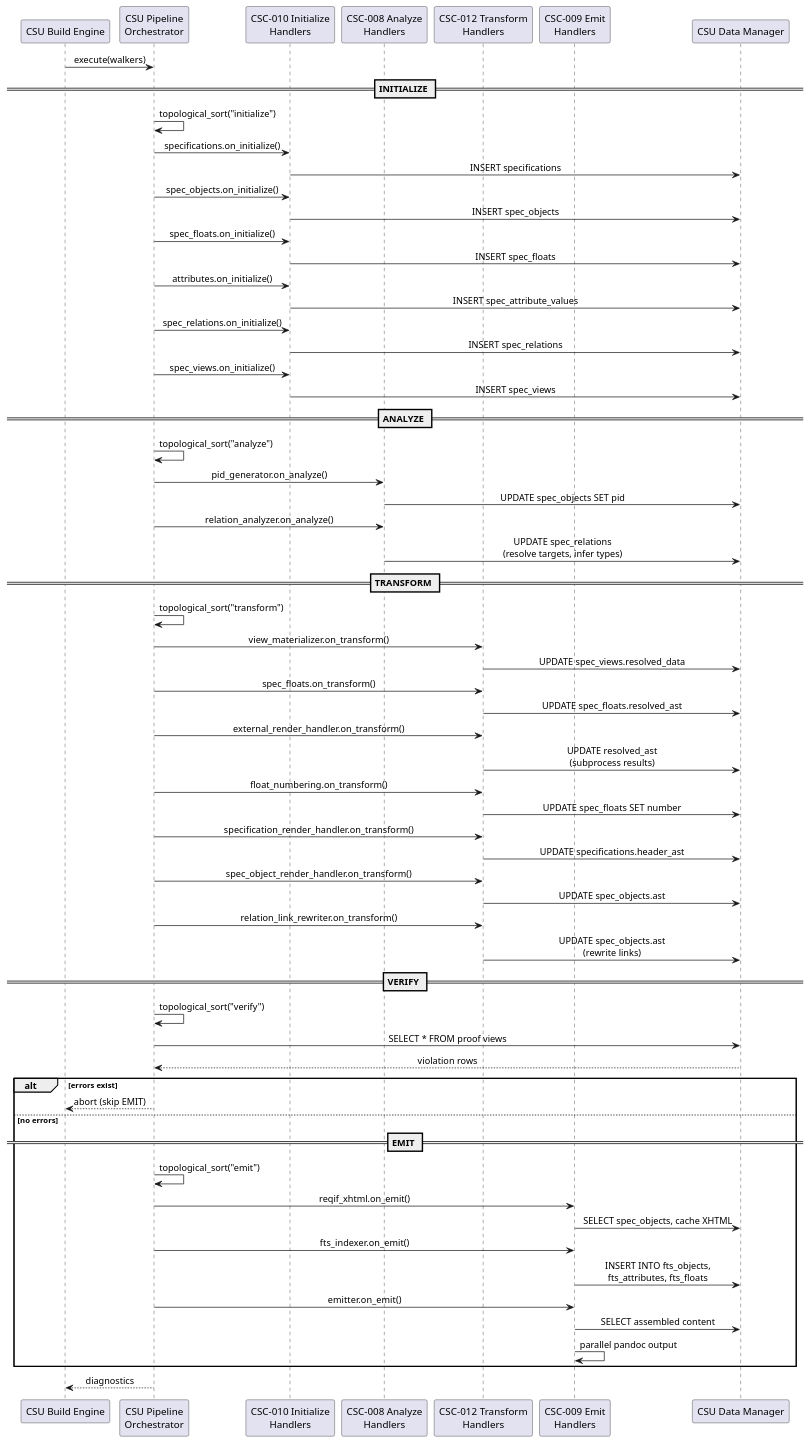
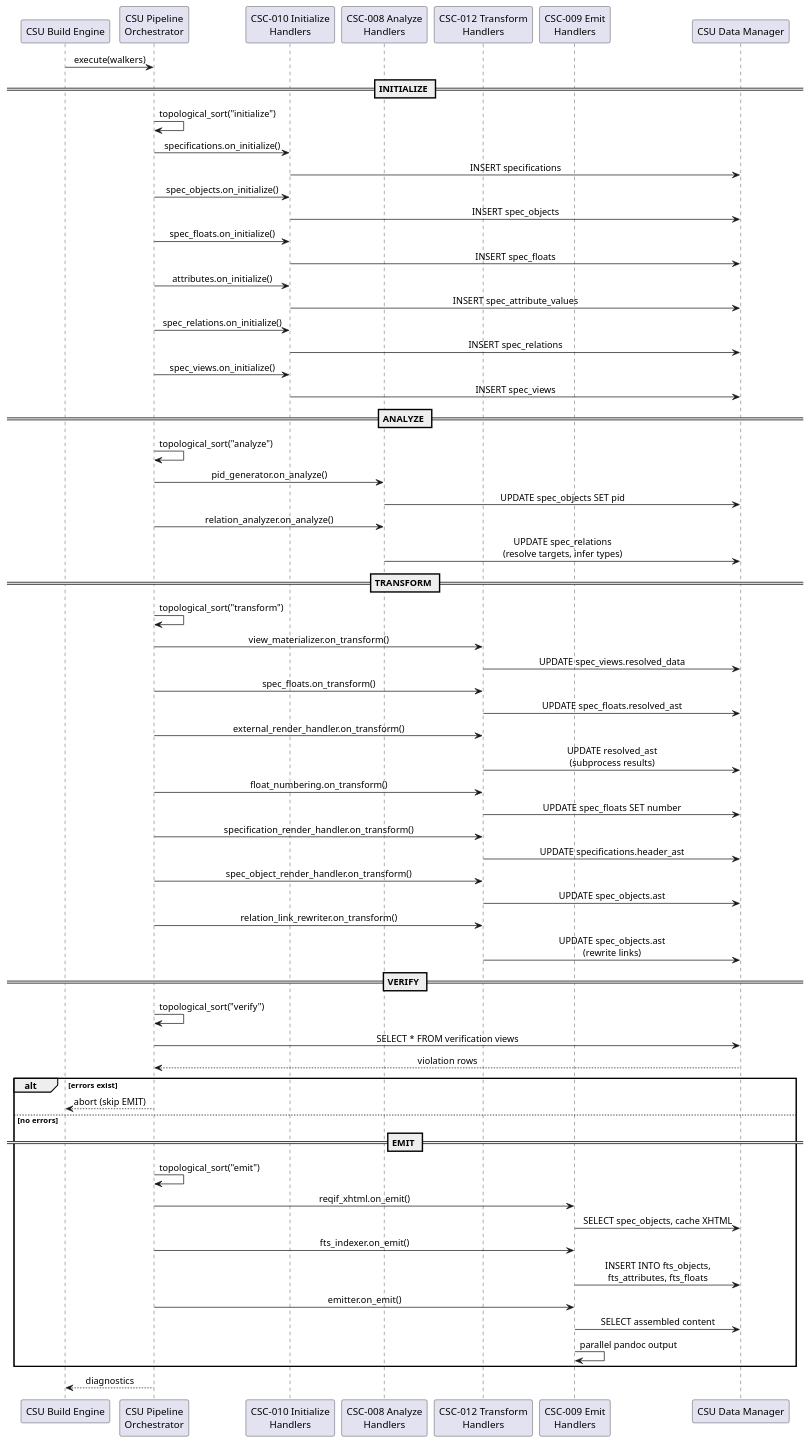
One commit to SpecIR/SpecCompiler changed the diagram in docs/engineering_docs/architecture/pipeline_design.md. Above: the diagram before and after it, drawn with PlantUML. The commit also changed other lines of this file and 19 other files, not shown here.

````diff
--- a/docs/engineering_docs/architecture/pipeline_design.md
+++ b/docs/engineering_docs/architecture/pipeline_design.md
@@ -84,76 +84,76 @@
 ```puml:fd-001-pipeline{caption="Pipeline Execution Orchestration"}
 @startuml
 skinparam backgroundColor #FFFFFF
 skinparam sequenceMessageAlign center
 
 participant "CSU Build Engine" as E
 participant "CSU Pipeline\nOrchestrator" as P
 participant "CSC-010 Initialize\nHandlers" as INIT
 participant "CSC-008 Analyze\nHandlers" as ANLZ
 participant "CSC-012 Transform\nHandlers" as XFRM
 participant "CSC-009 Emit\nHandlers" as EMIT_H
 participant "CSU Data Manager" as DB
 
 E -> P: execute(walkers)
 
 == INITIALIZE ==
 P -> P: topological_sort("initialize")
 P -> INIT: specifications.on_initialize()
 INIT -> DB: INSERT specifications
 P -> INIT: spec_objects.on_initialize()
 INIT -> DB: INSERT spec_objects
 P -> INIT: spec_floats.on_initialize()
 INIT -> DB: INSERT spec_floats
 P -> INIT: attributes.on_initialize()
 INIT -> DB: INSERT spec_attribute_values
 P -> INIT: spec_relations.on_initialize()
 INIT -> DB: INSERT spec_relations
 P -> INIT: spec_views.on_initialize()
 INIT -> DB: INSERT spec_views
 
 == ANALYZE ==
 P -> P: topological_sort("analyze")
 P -> ANLZ: pid_generator.on_analyze()
 ANLZ -> DB: UPDATE spec_objects SET pid
 P -> ANLZ: relation_analyzer.on_analyze()
 ANLZ -> DB: UPDATE spec_relations\n(resolve targets, infer types)
 
 == TRANSFORM ==
 P -> P: topological_sort("transform")
 P -> XFRM: view_materializer.on_transform()
 XFRM -> DB: UPDATE spec_views.resolved_data
 P -> XFRM: spec_floats.on_transform()
 XFRM -> DB: UPDATE spec_floats.resolved_ast
 P -> XFRM: external_render_handler.on_transform()
 XFRM -> DB: UPDATE resolved_ast\n(subprocess results)
 P -> XFRM: float_numbering.on_transform()
 XFRM -> DB: UPDATE spec_floats SET number
 P -> XFRM: specification_render_handler.on_transform()
 XFRM -> DB: UPDATE specifications.header_ast
 P -> XFRM: spec_object_render_handler.on_transform()
 XFRM -> DB: UPDATE spec_objects.ast
 P -> XFRM: relation_link_rewriter.on_transform()
 XFRM -> DB: UPDATE spec_objects.ast\n(rewrite links)
 
 == VERIFY ==
 P -> P: topological_sort("verify")
-P -> DB: SELECT * FROM proof views
+P -> DB: SELECT * FROM verification views
 DB --> P: violation rows
 
 alt errors exist
     P --> E: abort (skip EMIT)
 else no errors
     == EMIT ==
     P -> P: topological_sort("emit")
     P -> EMIT_H: reqif_xhtml.on_emit()
     EMIT_H -> DB: SELECT spec_objects, cache XHTML
     P -> EMIT_H: fts_indexer.on_emit()
     EMIT_H -> DB: INSERT INTO fts_objects,\nfts_attributes, fts_floats
     P -> EMIT_H: emitter.on_emit()
     EMIT_H -> DB: SELECT assembled content
     EMIT_H -> EMIT_H: parallel pandoc output
 end
 
 P --> E: diagnostics
 @enduml
 ```
````
